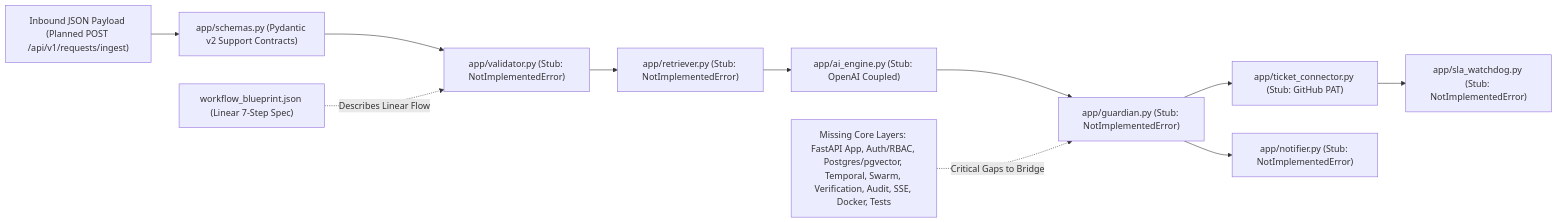
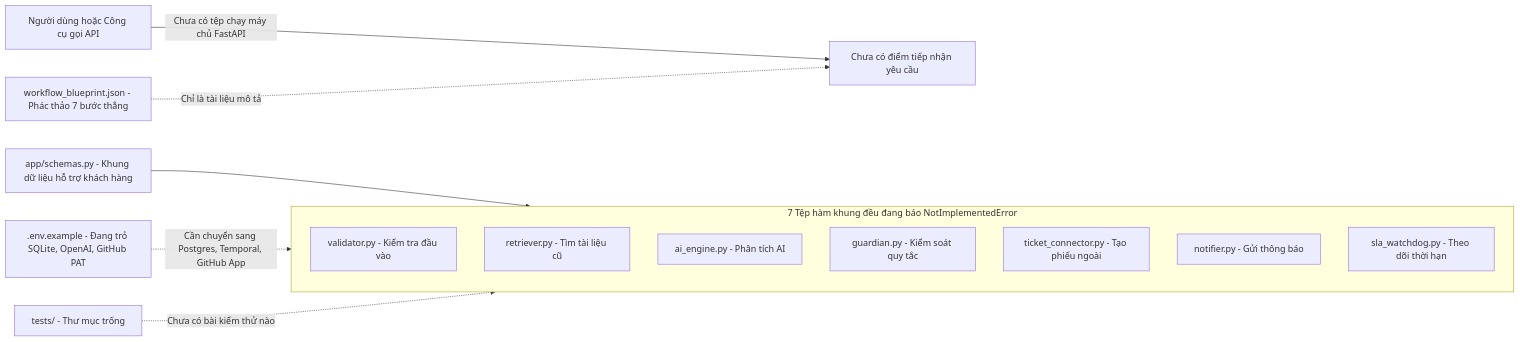
Before and after one commit to Duckyeeen/VADIRAS-FLOW: the first of 7 diagrams in docs/BACKEND_IMPLEMENTATION_PLAN.md, drawn with Mermaid. The commit also changed other lines of this file and 9 other files, not shown here.

````diff
--- a/docs/BACKEND_IMPLEMENTATION_PLAN.md
+++ b/docs/BACKEND_IMPLEMENTATION_PLAN.md
@@ -106,25 +114,17 @@
 ```mermaid
 flowchart LR
-    Client["Inbound JSON Payload (Planned POST /api/v1/requests/ingest)"]
-    Schemas["app/schemas.py (Pydantic v2 Support Contracts)"]
-    Val["app/validator.py (Stub: NotImplementedError)"]
-    Ret["app/retriever.py (Stub: NotImplementedError)"]
-    AI["app/ai_engine.py (Stub: OpenAI Coupled)"]
-    Guard["app/guardian.py (Stub: NotImplementedError)"]
-    Conn["app/ticket_connector.py (Stub: GitHub PAT)"]
-    Notif["app/notifier.py (Stub: NotImplementedError)"]
-    SLA["app/sla_watchdog.py (Stub: NotImplementedError)"]
-    BP["workflow_blueprint.json (Linear 7-Step Spec)"]
-    Gaps["Missing Core Layers: FastAPI App, Auth/RBAC, Postgres/pgvector, Temporal, Swarm, Verification, Audit, SSE, Docker, Tests"]
-
-    Client --> Schemas
-    Schemas --> Val
-    Val --> Ret
-    Ret --> AI
-    AI --> Guard
-    Guard --> Conn
-    Guard --> Notif
-    Conn --> SLA
-    BP -. "Describes Linear Flow" .-> Val
-    Gaps -. "Critical Gaps to Bridge" .-> Guard
+    U["Người dùng hoặc Công cụ gọi API"] -->|"Chưa có tệp chạy máy chủ FastAPI"| API["Chưa có điểm tiếp nhận yêu cầu"]
+    BP["workflow_blueprint.json - Phác thảo 7 bước thẳng"] -.->|"Chỉ là tài liệu mô tả"| API
+    SC["app/schemas.py - Khung dữ liệu hỗ trợ khách hàng"] --> STUBS
+    subgraph STUBS["7 Tệp hàm khung đều đang báo NotImplementedError"]
+        V["validator.py - Kiểm tra đầu vào"]
+        R["retriever.py - Tìm tài liệu cũ"]
+        AI["ai_engine.py - Phân tích AI"]
+        G["guardian.py - Kiểm soát quy tắc"]
+        TC["ticket_connector.py - Tạo phiếu ngoài"]
+        N["notifier.py - Gửi thông báo"]
+        SLA["sla_watchdog.py - Theo dõi thời hạn"]
+    end
+    ENV[".env.example - Đang trỏ SQLite, OpenAI, GitHub PAT"] -.->|"Cần chuyển sang Postgres, Temporal, GitHub App"| STUBS
+    TESTS["tests/ - Thư mục trống"] -.->|"Chưa có bài kiểm thử nào"| STUBS
 ```
````
